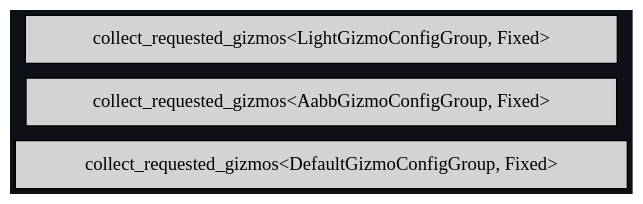
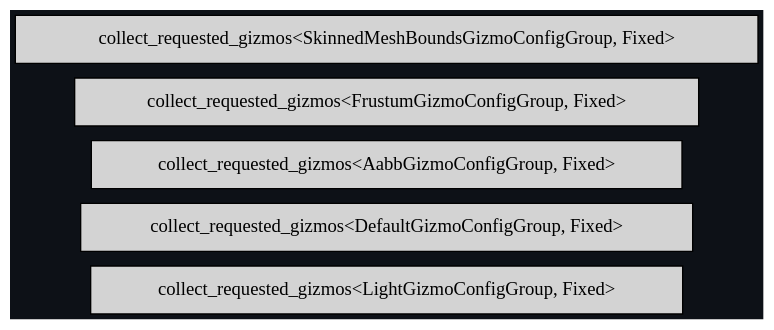
One commit to jakobhellermann/bevy_mod_debugdump changed the diagram in docs/schedule/dark/schedule_FixedLast.dot. Above: the diagram before and after it, drawn with Graphviz. The commit also changed 95 other files, not shown here.

```diff
--- a/docs/schedule/dark/schedule_FixedLast.dot
+++ b/docs/schedule/dark/schedule_FixedLast.dot
@@ -1,13 +1,15 @@
 digraph "" {
 	"compound"="true";
 	"splines"="spline";
 	"rankdir"="LR";
 	"bgcolor"="#0d1117";
 	"fontname"="Helvetica";
 	"nodesep"="0.15";
 	edge ["penwidth"="2"];
 	node ["shape"="box", "style"="filled"];
-	"node_System(SystemKey(1v1))" ["label"="collect_requested_gizmos<DefaultGizmoConfigGroup, Fixed>", "tooltip"="bevy_gizmos::collect_requested_gizmos<bevy_gizmos::config::DefaultGizmoConfigGroup, bevy_time::fixed::Fixed>"]
-	"node_System(SystemKey(2v1))" ["label"="collect_requested_gizmos<AabbGizmoConfigGroup, Fixed>", "tooltip"="bevy_gizmos::collect_requested_gizmos<bevy_gizmos::aabb::AabbGizmoConfigGroup, bevy_time::fixed::Fixed>"]
-	"node_System(SystemKey(3v1))" ["label"="collect_requested_gizmos<LightGizmoConfigGroup, Fixed>", "tooltip"="bevy_gizmos::collect_requested_gizmos<bevy_gizmos::light::LightGizmoConfigGroup, bevy_time::fixed::Fixed>"]
+	"node_System(SystemKey(1v1))" ["label"="collect_requested_gizmos<LightGizmoConfigGroup, Fixed>", "tooltip"="bevy_gizmos::collect_requested_gizmos<bevy_light::gizmos::LightGizmoConfigGroup, bevy_time::fixed::Fixed>"]
+	"node_System(SystemKey(2v1))" ["label"="collect_requested_gizmos<DefaultGizmoConfigGroup, Fixed>", "tooltip"="bevy_gizmos::collect_requested_gizmos<bevy_gizmos::config::DefaultGizmoConfigGroup, bevy_time::fixed::Fixed>"]
+	"node_System(SystemKey(3v1))" ["label"="collect_requested_gizmos<AabbGizmoConfigGroup, Fixed>", "tooltip"="bevy_gizmos::collect_requested_gizmos<bevy_gizmos::aabb::AabbGizmoConfigGroup, bevy_time::fixed::Fixed>"]
+	"node_System(SystemKey(4v1))" ["label"="collect_requested_gizmos<FrustumGizmoConfigGroup, Fixed>", "tooltip"="bevy_gizmos::collect_requested_gizmos<bevy_gizmos::frustum::FrustumGizmoConfigGroup, bevy_time::fixed::Fixed>"]
+	"node_System(SystemKey(5v1))" ["label"="collect_requested_gizmos<SkinnedMeshBoundsGizmoConfigGroup, Fixed>", "tooltip"="bevy_gizmos::collect_requested_gizmos<bevy_gizmos::skinned_mesh_bounds::SkinnedMeshBoundsGizmoConfigGroup, bevy_time::fixed::Fixed>"]
 }
```
